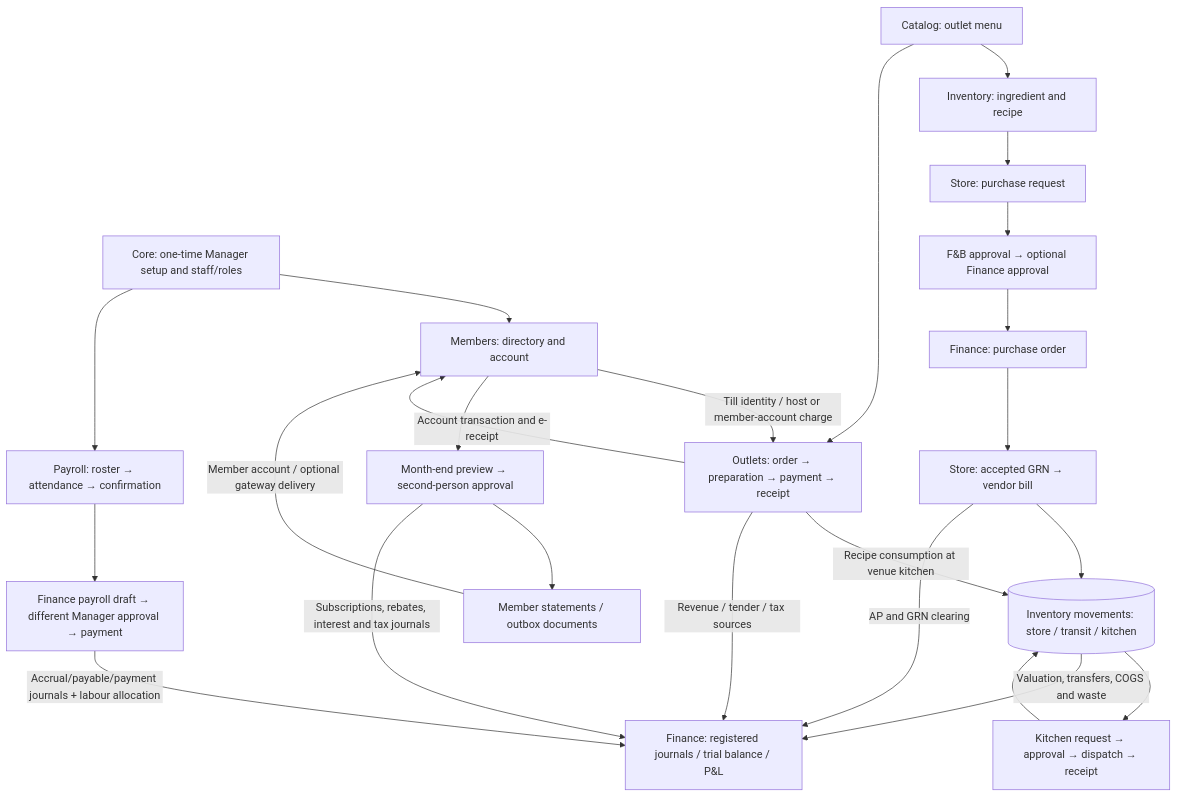
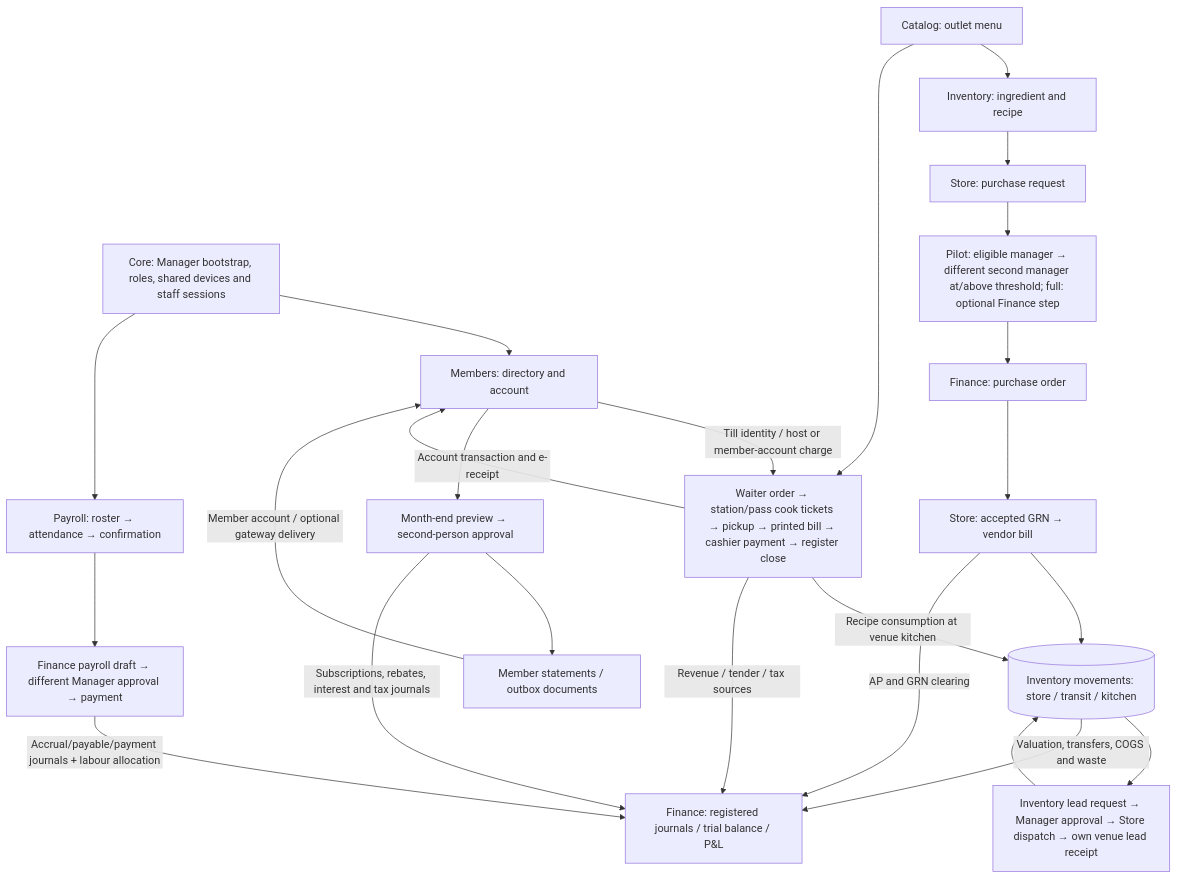
Before and after one commit to Baqir-Hassan/ims: the second of 2 diagrams in docs/FNB_DFD.md, drawn with Mermaid. The commit also changed other lines of this file and 7 other files, not shown here.

````diff
--- a/docs/FNB_DFD.md
+++ b/docs/FNB_DFD.md
@@ -25,37 +28,37 @@
 ```mermaid
 flowchart TD
-  Setup["Core: one-time Manager setup and staff/roles"]
+  Setup["Core: Manager bootstrap, roles, shared devices and staff sessions"]
   Member["Members: directory and account"]
   Menu["Catalog: outlet menu"]
   Recipe["Inventory: ingredient and recipe"]
   PR["Store: purchase request"]
-  Approve["F&B approval → optional Finance approval"]
+  Approve["Pilot: eligible manager → different second manager at/above threshold; full: optional Finance step"]
   PO["Finance: purchase order"]
   GRN["Store: accepted GRN → vendor bill"]
   Stock[("Inventory movements: store / transit / kitchen")]
-  Request["Kitchen request → approval → dispatch → receipt"]
-  Sale["Outlets: order → preparation → payment → receipt"]
+  Request["Inventory lead request → Manager approval → Store dispatch → own venue lead receipt"]
+  Sale["Waiter order → station/pass cook tickets → pickup → printed bill → cashier payment → register close"]
   Rosters["Payroll: roster → attendance → confirmation"]
   Run["Finance payroll draft → different Manager approval → payment"]
   Month["Month-end preview → second-person approval"]
   Statement["Member statements / outbox documents"]
   GL["Finance: registered journals / trial balance / P&L"]
   Setup --> Member
   Setup --> Rosters
   Menu --> Recipe
   Recipe --> PR
   PR --> Approve --> PO --> GRN --> Stock
   GRN -->|AP and GRN clearing| GL
   Stock --> Request --> Stock
   Menu --> Sale
   Member -->|Till identity / host or member-account charge| Sale
   Sale -->|Recipe consumption at venue kitchen| Stock
   Sale -->|Account transaction and e-receipt| Member
   Sale -->|Revenue / tender / tax sources| GL
   Stock -->|Valuation, transfers, COGS and waste| GL
   Rosters --> Run
   Run -->|Accrual/payable/payment journals + labour allocation| GL
   Member --> Month --> Statement
   Month -->|Subscriptions, rebates, interest and tax journals| GL
   Statement -->|Member account / optional gateway delivery| Member
 ```
````
